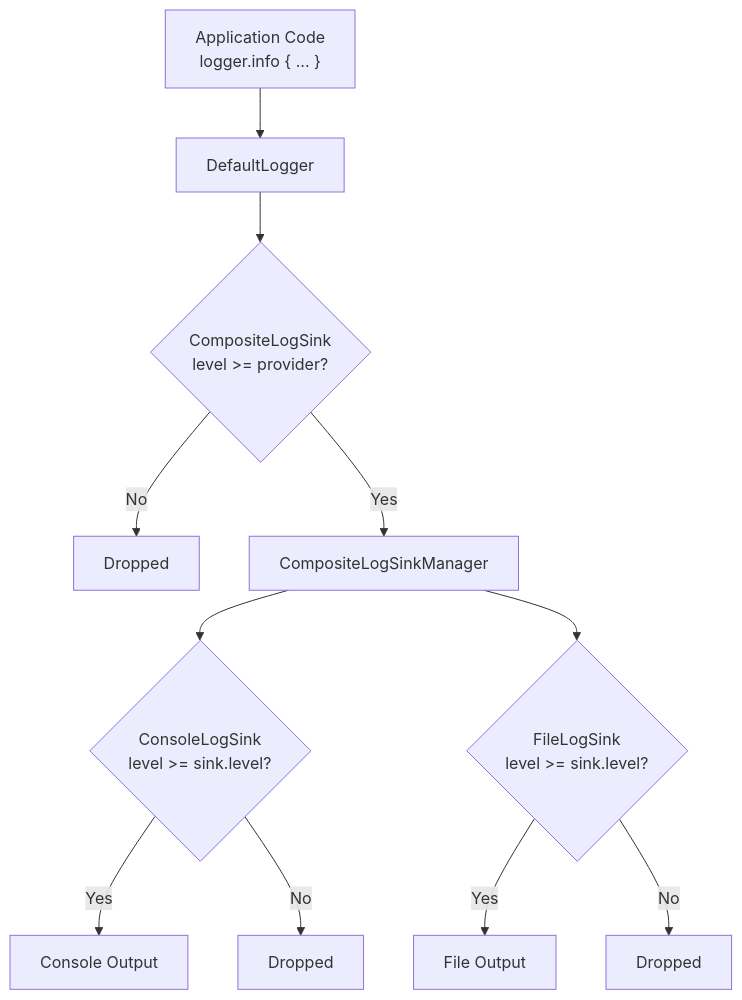
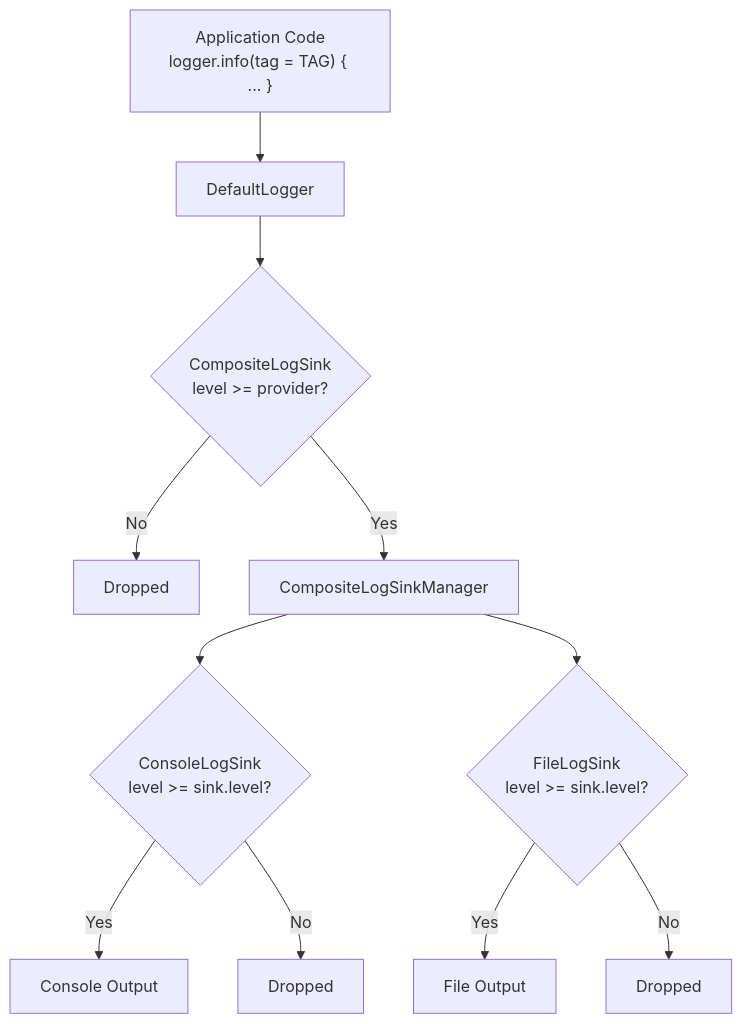
Before and after one commit to thunderbird/thunderbird-mobile-components: the diagram in components/core/logging/README.md, drawn with Mermaid. The commit also changed other lines of this file and 19 other files, not shown here.

````diff
--- a/components/core/logging/README.md
+++ b/components/core/logging/README.md
@@ -82,17 +83,17 @@
 ```mermaid
 flowchart TD
-    App["Application Code\nlogger.info { ... }"] --> Logger["DefaultLogger"]
+    App["Application Code\nlogger.info(tag = TAG) { ... }"] --> Logger["DefaultLogger"]
     Logger --> CompCheck{"CompositeLogSink\nlevel >= provider?"}
 
     CompCheck -- No --> Drop1["Dropped"]
     CompCheck -- Yes --> Manager["CompositeLogSinkManager"]
 
     Manager --> SinkACheck{"ConsoleLogSink\nlevel >= sink.level?"}
     Manager --> SinkBCheck{"FileLogSink\nlevel >= sink.level?"}
 
     SinkACheck -- Yes --> Console["Console Output"]
     SinkACheck -- No --> Drop2["Dropped"]
 
     SinkBCheck -- Yes --> File["File Output"]
     SinkBCheck -- No --> Drop3["Dropped"]
 ```
````
